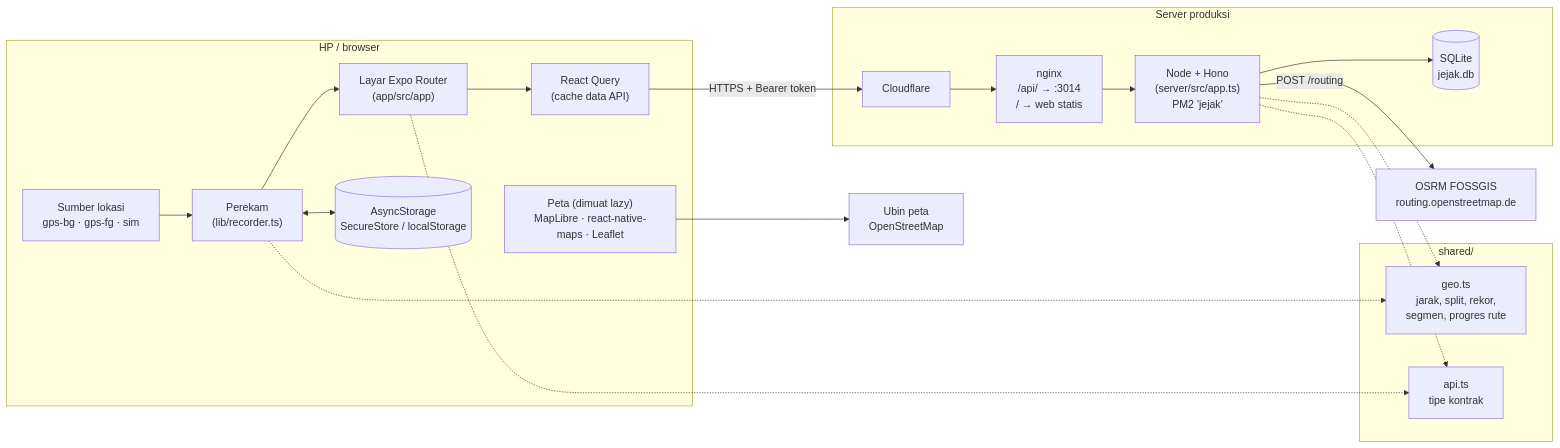
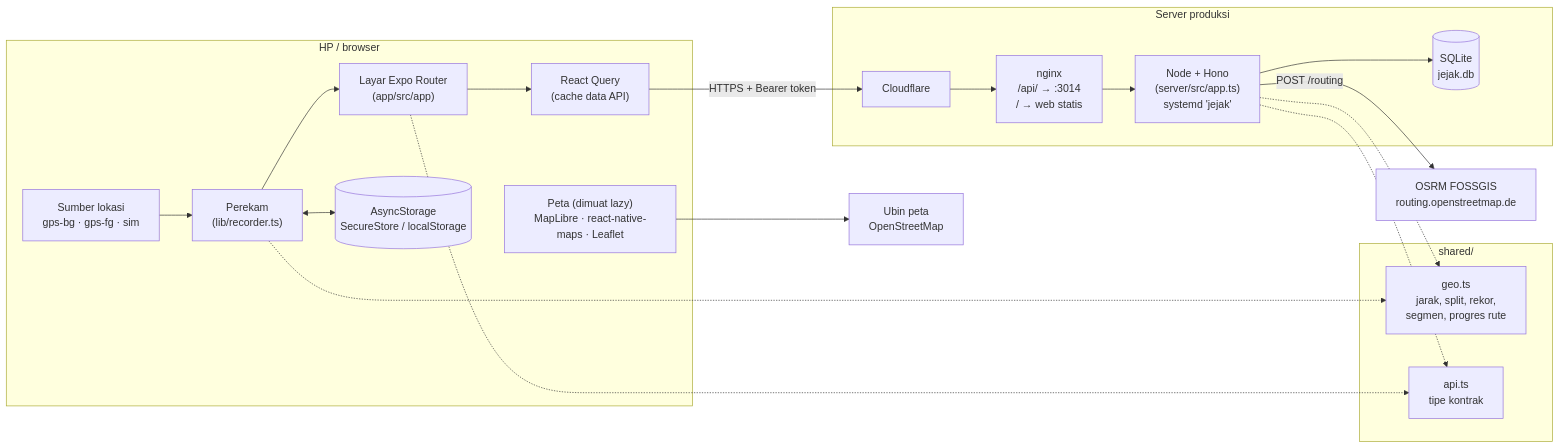
The diagram in docs/README.md (Masamune21-dev/Jejak), drawn with Mermaid before and after one commit. The commit also changed other lines of this file and 9 other files, not shown here.

First line of the commit message:
Jalankan API sebagai user jejak lewat systemd, bukan PM2 sebagai root

````diff
--- a/docs/README.md
+++ b/docs/README.md
@@ -47,37 +47,37 @@
 ```mermaid
 flowchart LR
   subgraph HP["HP / browser"]
     UI["Layar Expo Router<br/>(app/src/app)"]
     REC["Perekam<br/>(lib/recorder.ts)"]
     SRC["Sumber lokasi<br/>gps-bg · gps-fg · sim"]
     RQ["React Query<br/>(cache data API)"]
     MAP["Peta (dimuat lazy)<br/>MapLibre · react-native-maps · Leaflet"]
     STORE[("AsyncStorage<br/>SecureStore / localStorage")]
   end
 
   subgraph SHARED["shared/"]
     GEO["geo.ts<br/>jarak, split, rekor,<br/>segmen, progres rute"]
     TYPES["api.ts<br/>tipe kontrak"]
   end
 
   subgraph PROD["Server produksi"]
     CF["Cloudflare"]
     NGINX["nginx<br/>/api/ → :3014<br/>/ → web statis"]
-    HONO["Node + Hono<br/>(server/src/app.ts)<br/>PM2 'jejak'"]
+    HONO["Node + Hono<br/>(server/src/app.ts)<br/>systemd 'jejak'"]
     DB[("SQLite<br/>jejak.db")]
   end
 
   OSRM["OSRM FOSSGIS<br/>routing.openstreetmap.de"]
   ESRI["Ubin peta<br/>OpenStreetMap"]
 
   SRC --> REC --> UI
   REC <--> STORE
   UI --> RQ
   RQ -- "HTTPS + Bearer token" --> CF --> NGINX --> HONO --> DB
   HONO -- "POST /routing" --> OSRM
   MAP --> ESRI
   REC -.-> GEO
   HONO -.-> GEO
   UI -.-> TYPES
   HONO -.-> TYPES
 ```
````
